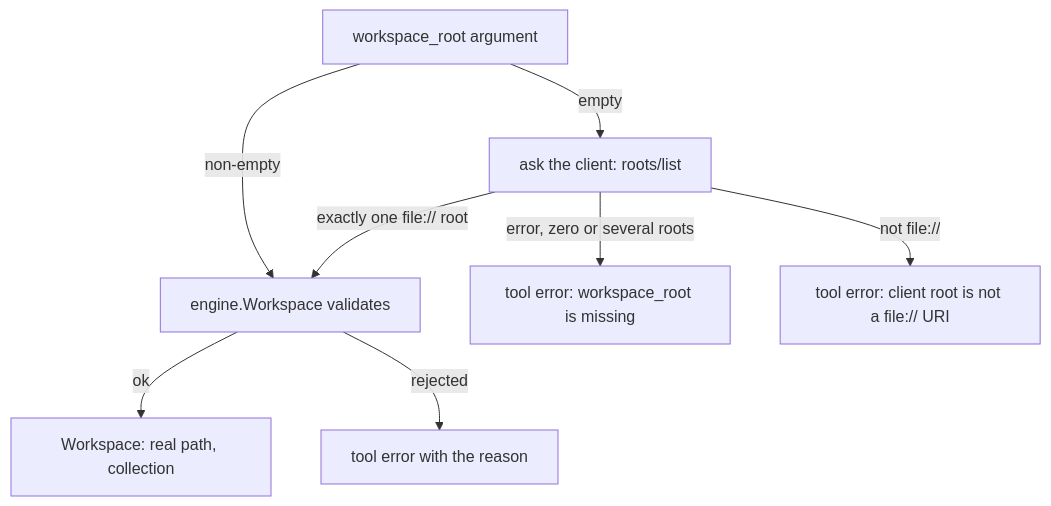
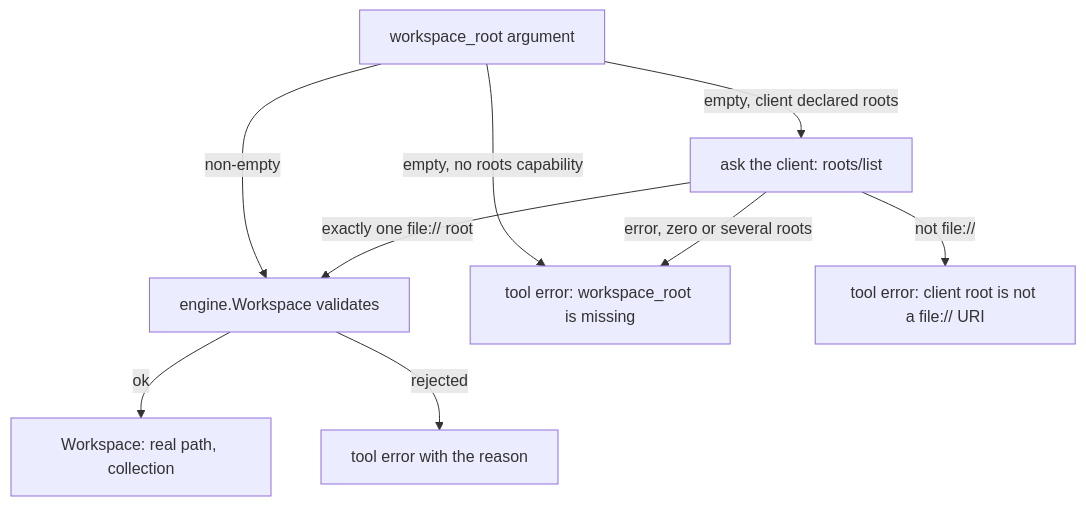
Before and after one commit to doITmagic/rag-code-mcp: the second of 2 diagrams in tools/README.md, drawn with Mermaid. The commit also changed other lines of this file and 2 other files, not shown here.

Commit message:
fix(tools): an empty workspace_root answers at once when the client declared no roots

````diff
--- a/tools/README.md
+++ b/tools/README.md
@@ -145,10 +146,11 @@
 ```mermaid
 flowchart TD
     A[workspace_root argument] -->|non-empty| V[engine.Workspace validates]
-    A -->|empty| R[ask the client: roots/list]
+    A -->|empty, client declared roots| R[ask the client: roots/list]
+    A -->|empty, no roots capability| E1
     R -->|exactly one file:// root| V
     R -->|error, zero or several roots| E1[tool error: workspace_root is missing]
     R -->|not file://| E2[tool error: client root is not a file:// URI]
     V -->|ok| W[Workspace: real path, collection]
     V -->|rejected| E3[tool error with the reason]
 ```
````
